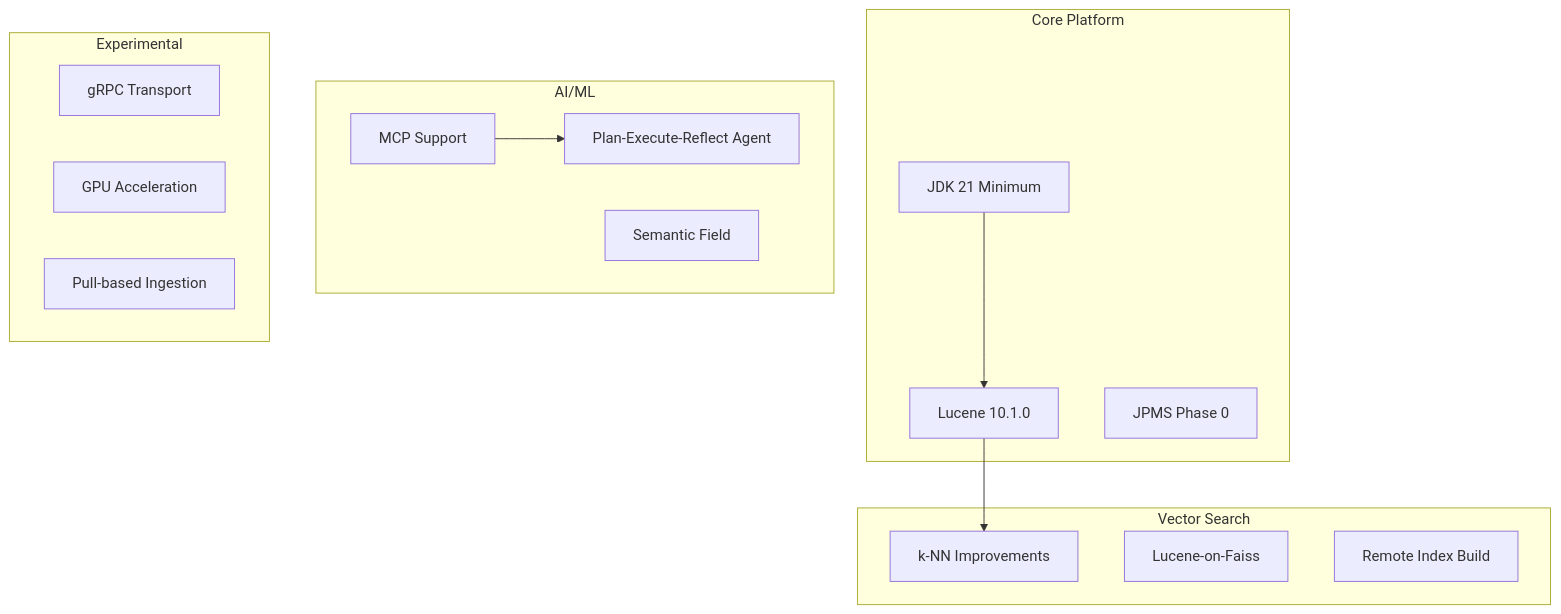
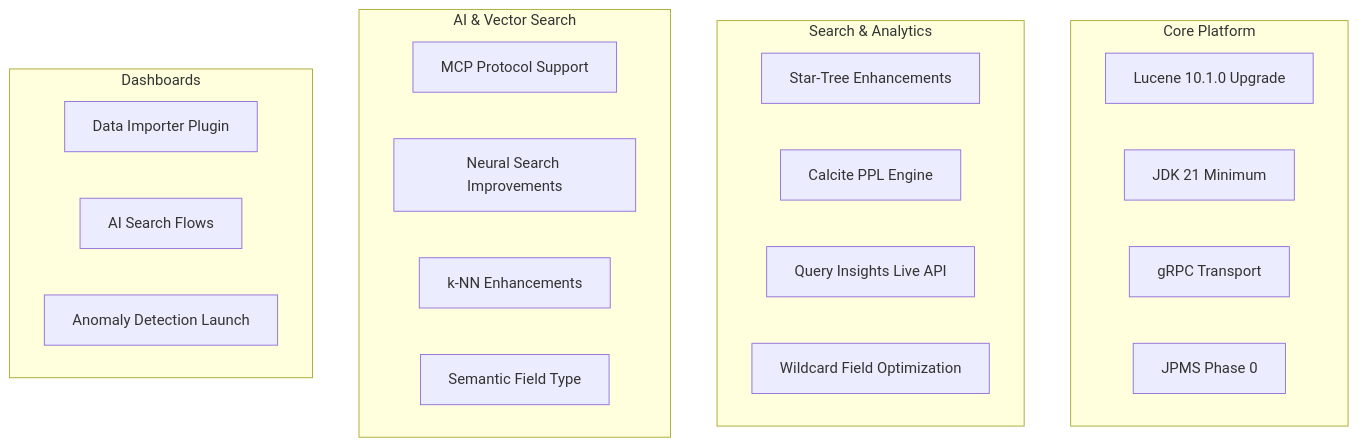
The diagram in docs/releases/v3.0.0/summary.md (tkykenmt/opensearch-feature-explorer), drawn with Mermaid before and after one commit. The commit also changed other lines of this file, not shown here.

````diff
--- a/docs/releases/v3.0.0/summary.md
+++ b/docs/releases/v3.0.0/summary.md
@@ -9,30 +9,29 @@
 ```mermaid
 graph TB
     subgraph "Core Platform"
-        L10[Lucene 10.1.0]
+        L10[Lucene 10.1.0 Upgrade]
         JDK21[JDK 21 Minimum]
+        GRPC[gRPC Transport]
         JPMS[JPMS Phase 0]
     end
     
-    subgraph "Vector Search"
-        KNN[k-NN Improvements]
-        LOF[Lucene-on-Faiss]
-        RIB[Remote Index Build]
+    subgraph "Search & Analytics"
+        ST[Star-Tree Enhancements]
+        PPL[Calcite PPL Engine]
+        QI[Query Insights Live API]
+        WC[Wildcard Field Optimization]
     end
     
-    subgraph "AI/ML"
-        MCP[MCP Support]
-        PER[Plan-Execute-Reflect Agent]
-        SEM[Semantic Field]
+    subgraph "AI & Vector Search"
+        MCP[MCP Protocol Support]
+        NS[Neural Search Improvements]
+        KNN[k-NN Enhancements]
+        SF[Semantic Field Type]
     end
     
-    subgraph "Experimental"
-        GRPC[gRPC Transport]
-        GPU[GPU Acceleration]
-        PULL[Pull-based Ingestion]
+    subgraph "Dashboards"
+        DI[Data Importer Plugin]
+        ASF[AI Search Flows]
+        AD[Anomaly Detection Launch]
     end
-    
-    L10 --> KNN
-    JDK21 --> L10
-    MCP --> PER
 ```
````
